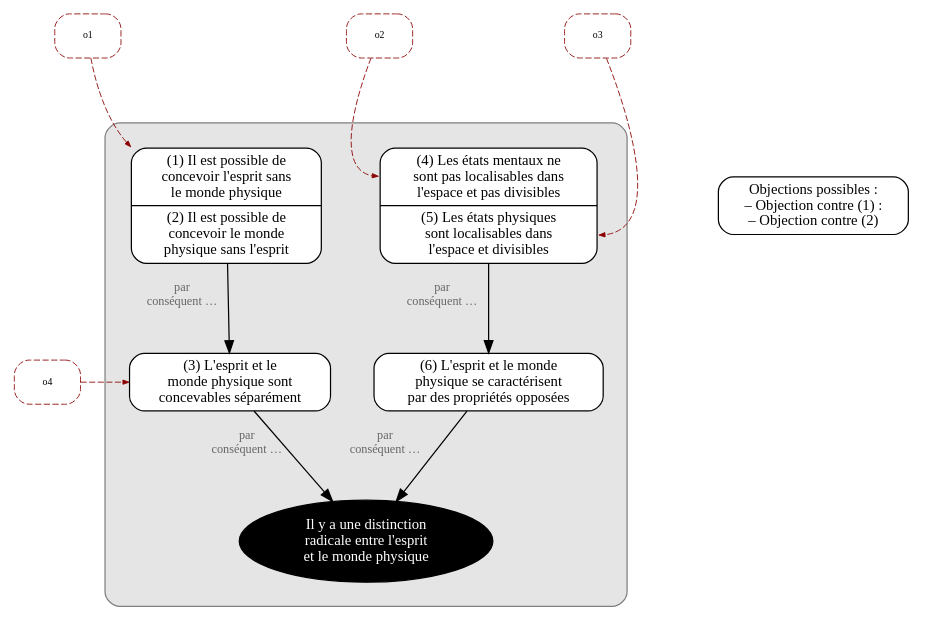
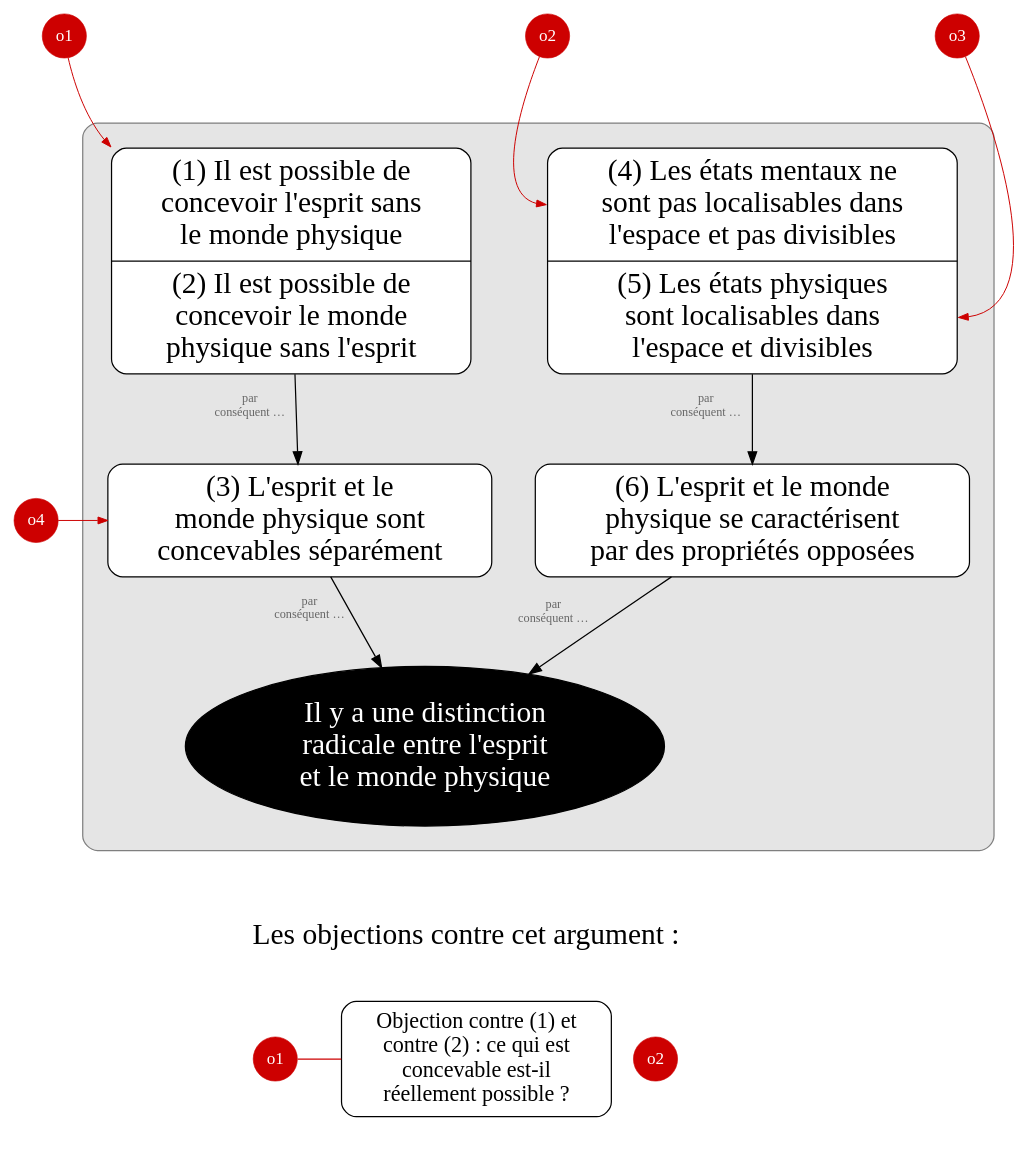
Before and after one commit to eyssette/graphviz-templates: the diagram in argument-2.dot, drawn with Graphviz.

Commit message:
Version avec des cercles rouges pour les objections et le contenu des objections dessous

```diff
--- a/argument-2.dot
+++ b/argument-2.dot
@@ -1,75 +1,83 @@
 digraph G {
 splines=true
 newrank=true
 
 
-node[color=red4, style="rounded, filled, dashed", shape="box", fillcolor=white, fontsize=8, penwidth=0.7]
+node[color=red3, style="rounded, filled", shape="circle", fillcolor=red3, penwidth=0.5, fontcolor=white, margin=0, size=1]
 o1[label="o1"]
 o2[label="o2"]
 o3[label="o3"]
 o4[label="o4"]
 
-node[shape=box, fillcolor=white, style="filled,rounded", color=black, fontsize=12, penwidth=1]
-edge[minlen=2,fontsize=10,fontcolor=red4,color=red4, style="dashed", penwidth=0.7, arrowsize=0.5]
+node[shape=box, fillcolor=white, style="filled,rounded", color=black, fontsize=24, penwidth=1,fontcolor=black, margin=0.1]
+edge[minlen=2,color=red3, penwidth=0.8, arrowsize=0.8]
 o1->p12:nw
 o2->p45:p4:w
 o3->p45:p5:e
 {rank=same;o4->p3}
 o1->o4[style=invis]
 
 subgraph cluster_0 {
 bgcolor=grey90
 style=rounded
 color=grey50
 margin=20
 
 
 
-node[shape=box, fillcolor=white, style="filled,rounded, solid", color=black]
+node[shape=box, fillcolor=white, style="filled,rounded", color=black]
 edge[xlabel="par
-conséquent … ",fontcolor=grey40;fontsize=10,minlen=2,color=black, style="solid",penwidth=1, arrowsize=1]
+conséquent … ",fontcolor=grey40;fontsize=10,minlen=2,color=black,penwidth=1, arrowsize=1]
 
 
 
 p12[shape="record" label="{<p1> (1) Il est possible de\n concevoir l'esprit sans\n le monde physique
 |<p2> (2)  Il est possible de\n concevoir le monde \n physique sans l'esprit}"];
 p12 -> p3
 p3 [label="(3) L'esprit et le
 monde physique sont
 concevables séparément", shape="box"];
 
 
 
 p45 -> p6
 p45[shape="record" label="{<p4> (4) Les états mentaux ne\n sont pas localisables dans\n l'espace et pas divisibles
 |<p5> (5)  Les états physiques\nsont localisables dans\nl'espace et divisibles}"];
 
 
 {rank=same;p3->p6[style=invis]}
 
 p6 [label="(6) L'esprit et le monde
 physique se caractérisent
 par des propriétés opposées", shape="box"];
    
 {p3,p6}->C
 
 C[label="Il y a une distinction
 radicale entre l'esprit
 et le monde physique",fillcolor=black, fontcolor=white, color=black, shape=ellipse]
    
 
 
 }
 
-{rank=same;p12->a1[style=invis,minlen=18]}
+node[color=red3, style="rounded, filled", shape="circle", fillcolor=red3, penwidth=0.5, fontcolor=white, margin=0, size=1,fontsize=14]
+C->{obj1,obj2}[style=invis,minlen=2]
 
 subgraph cluster_1 {
-    color=white
-    node[shape=box]
-a1[label="Objections possibles : 
-– Objection contre (1) :
-– Objection contre (2)"]
+fontsize=24
+label="\nLes objections contre cet argument :\n\n"
+color=white
+obj1[label="o1"]
+obj2[label="o2"]
+node[shape=box, fillcolor=white, style="filled,rounded", color=black, penwidth=1, fontcolor=black, margin=0.1, fontsize=18]
+edge[arrowhead=none,penwidth=1]
+{rank=same;obj1->obj1expl}
+obj1expl[label="Objection contre (1) et
+contre (2) : ce qui est
+concevable est-il
+réellement possible ? "]
 }
 
 
 }
```
